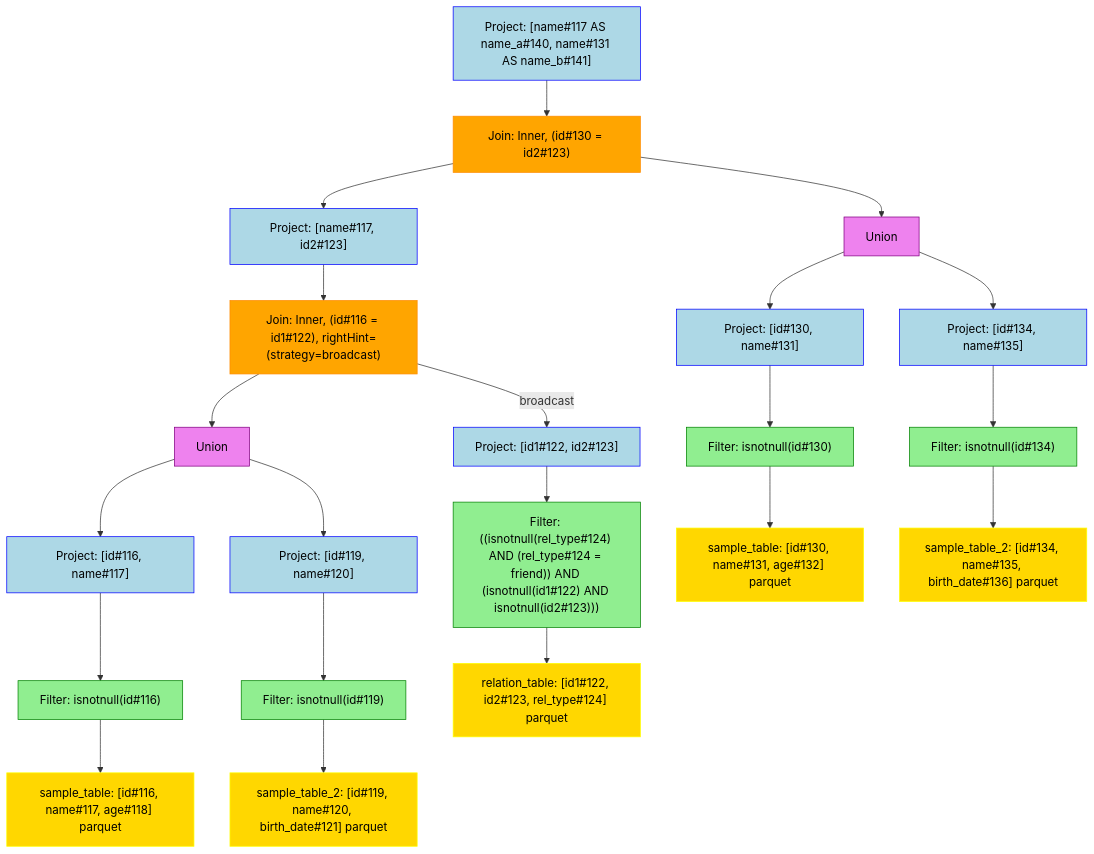
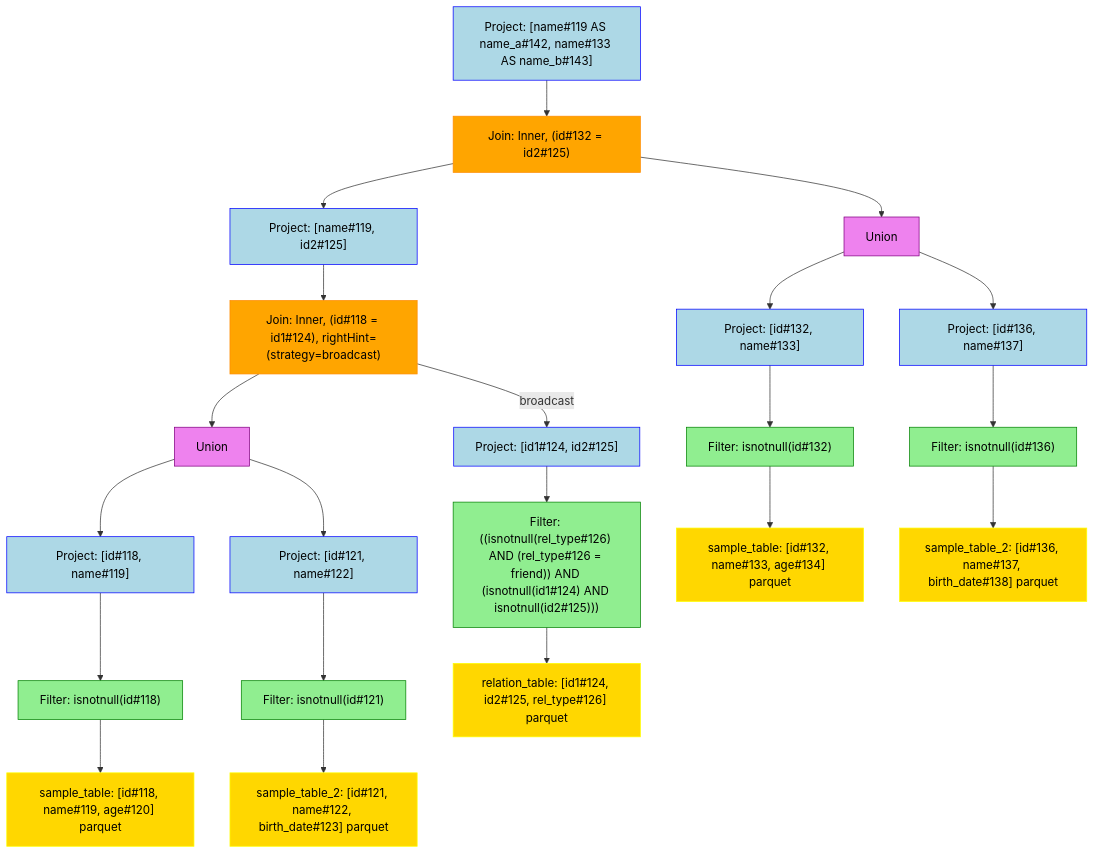
One commit to NielkNetraam/explainalyzed changed the diagram in data/visualization/join_2_broadcast.mmd. Above: the diagram before and after it, drawn with Mermaid. The commit also changed 54 other files, not shown here.

```diff
--- a/data/visualization/join_2_broadcast.mmd
+++ b/data/visualization/join_2_broadcast.mmd
@@ -1,51 +1,51 @@
 flowchart TD
     classDef PROJECT stroke:Blue,fill:LightBlue,color:black
     classDef FILTER stroke:Green,fill:LightGreen,color:black
     classDef UNION stroke:Purple,fill:Violet,color:black
     classDef JOIN stroke:DarkOrange,fill:Orange,color:black
     classDef RELATION stroke:Yellow,fill:Gold,color:black
     classDef AGGREGATE stroke:Brown,fill:Chocolate,color:black
     classDef WINDOW stroke:Aqua,fill:Cyan,color:black
 
-    Project#1["Project: [name#117 AS name_a#140, name#131 AS name_b#141]"]:::PROJECT
-    Join#11["Join: Inner, (id#130 = id2#123)"]:::JOIN
-    Project#111["Project: [name#117, id2#123]"]:::PROJECT
-    Join#1111["Join: Inner, (id#116 = id1#122), rightHint=(strategy=broadcast)"]:::JOIN
-    Union#11111["Union"]:::UNION
-    Project#111111["Project: [id#116, name#117]"]:::PROJECT
-    Filter#1111111["Filter: isnotnull(id#116)"]:::FILTER
-    Relation#11111111["sample_table: [id#116, name#117, age#118] parquet"]:::RELATION
-    Project#111112["Project: [id#119, name#120]"]:::PROJECT
-    Filter#1111121["Filter: isnotnull(id#119)"]:::FILTER
-    Relation#11111211["sample_table_2: [id#119, name#120, birth_date#121] parquet"]:::RELATION
-    Project#11112["Project: [id1#122, id2#123]"]:::PROJECT
-    Filter#111121["Filter: ((isnotnull(rel_type#124) AND (rel_type#124 = friend)) AND (isnotnull(id1#122) AND isnotnull(id2#123)))"]:::FILTER
-    Relation#1111211["relation_table: [id1#122, id2#123, rel_type#124] parquet"]:::RELATION
-    Union#112["Union"]:::UNION
-    Project#1121["Project: [id#130, name#131]"]:::PROJECT
-    Filter#11211["Filter: isnotnull(id#130)"]:::FILTER
-    Relation#112111["sample_table: [id#130, name#131, age#132] parquet"]:::RELATION
-    Project#1122["Project: [id#134, name#135]"]:::PROJECT
-    Filter#11221["Filter: isnotnull(id#134)"]:::FILTER
-    Relation#112211["sample_table_2: [id#134, name#135, birth_date#136] parquet"]:::RELATION
+    Project#00001["Project: [name#119 AS name_a#142, name#133 AS name_b#143]"]:::PROJECT
+    Join#00002["Join: Inner, (id#132 = id2#125)"]:::JOIN
+    Project#00003["Project: [name#119, id2#125]"]:::PROJECT
+    Join#00004["Join: Inner, (id#118 = id1#124), rightHint=(strategy=broadcast)"]:::JOIN
+    Union#00005["Union"]:::UNION
+    Project#00006["Project: [id#118, name#119]"]:::PROJECT
+    Filter#00007["Filter: isnotnull(id#118)"]:::FILTER
+    Relation#00008["sample_table: [id#118, name#119, age#120] parquet"]:::RELATION
+    Project#00009["Project: [id#121, name#122]"]:::PROJECT
+    Filter#00010["Filter: isnotnull(id#121)"]:::FILTER
+    Relation#00011["sample_table_2: [id#121, name#122, birth_date#123] parquet"]:::RELATION
+    Project#00012["Project: [id1#124, id2#125]"]:::PROJECT
+    Filter#00013["Filter: ((isnotnull(rel_type#126) AND (rel_type#126 = friend)) AND (isnotnull(id1#124) AND isnotnull(id2#125)))"]:::FILTER
+    Relation#00014["relation_table: [id1#124, id2#125, rel_type#126] parquet"]:::RELATION
+    Union#00015["Union"]:::UNION
+    Project#00016["Project: [id#132, name#133]"]:::PROJECT
+    Filter#00017["Filter: isnotnull(id#132)"]:::FILTER
+    Relation#00018["sample_table: [id#132, name#133, age#134] parquet"]:::RELATION
+    Project#00019["Project: [id#136, name#137]"]:::PROJECT
+    Filter#00020["Filter: isnotnull(id#136)"]:::FILTER
+    Relation#00021["sample_table_2: [id#136, name#137, birth_date#138] parquet"]:::RELATION
 
-    Project#1 --> Join#11
-        Join#11 --> Project#111
-            Project#111 --> Join#1111
-                Join#1111 --> Union#11111
-                    Union#11111 --> Project#111111
-                        Project#111111 --> Filter#1111111
-                            Filter#1111111 --> Relation#11111111
-                    Union#11111 --> Project#111112
-                        Project#111112 --> Filter#1111121
-                            Filter#1111121 --> Relation#11111211
-                Join#1111 -- broadcast -->  Project#11112
-                    Project#11112 --> Filter#111121
-                        Filter#111121 --> Relation#1111211
-        Join#11 --> Union#112
-            Union#112 --> Project#1121
-                Project#1121 --> Filter#11211
-                    Filter#11211 --> Relation#112111
-            Union#112 --> Project#1122
-                Project#1122 --> Filter#11221
-                    Filter#11221 --> Relation#112211
+    Project#00001 --> Join#00002
+        Join#00002 --> Project#00003
+            Project#00003 --> Join#00004
+                Join#00004 --> Union#00005
+                    Union#00005 --> Project#00006
+                        Project#00006 --> Filter#00007
+                            Filter#00007 --> Relation#00008
+                    Union#00005 --> Project#00009
+                        Project#00009 --> Filter#00010
+                            Filter#00010 --> Relation#00011
+                Join#00004 -- broadcast -->  Project#00012
+                    Project#00012 --> Filter#00013
+                        Filter#00013 --> Relation#00014
+        Join#00002 --> Union#00015
+            Union#00015 --> Project#00016
+                Project#00016 --> Filter#00017
+                    Filter#00017 --> Relation#00018
+            Union#00015 --> Project#00019
+                Project#00019 --> Filter#00020
+                    Filter#00020 --> Relation#00021
```
